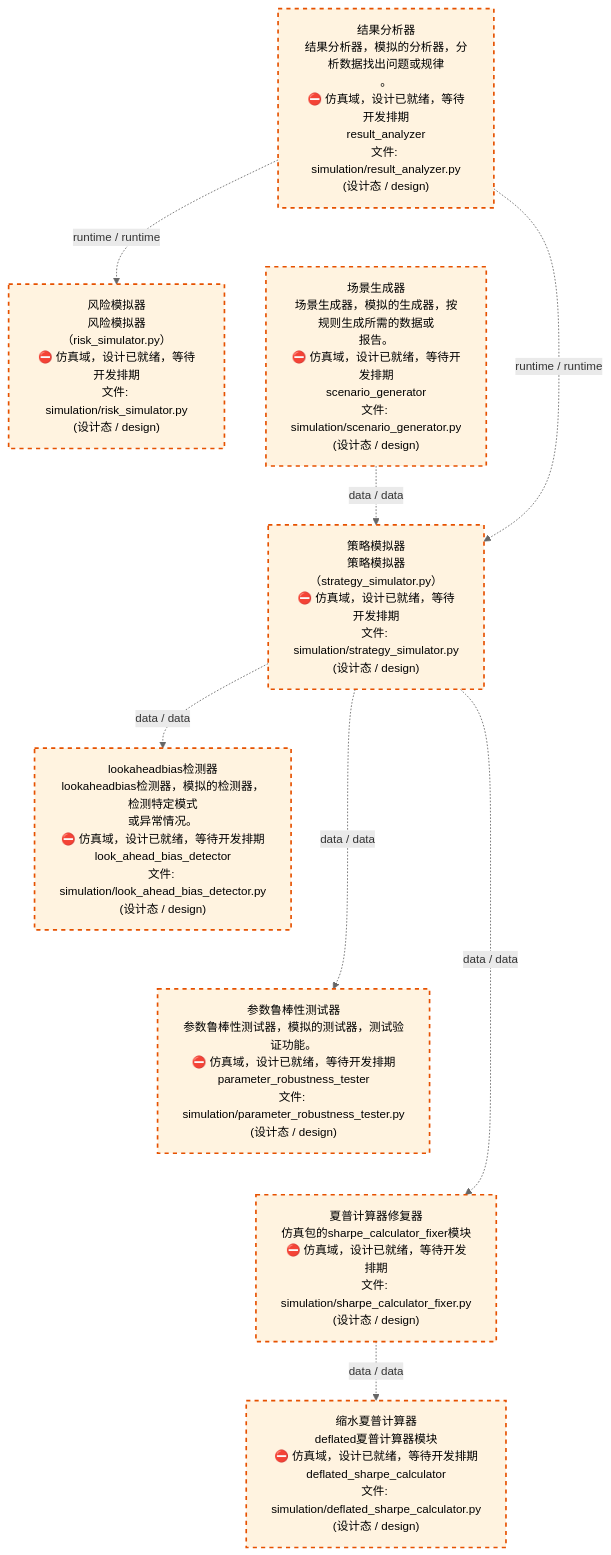
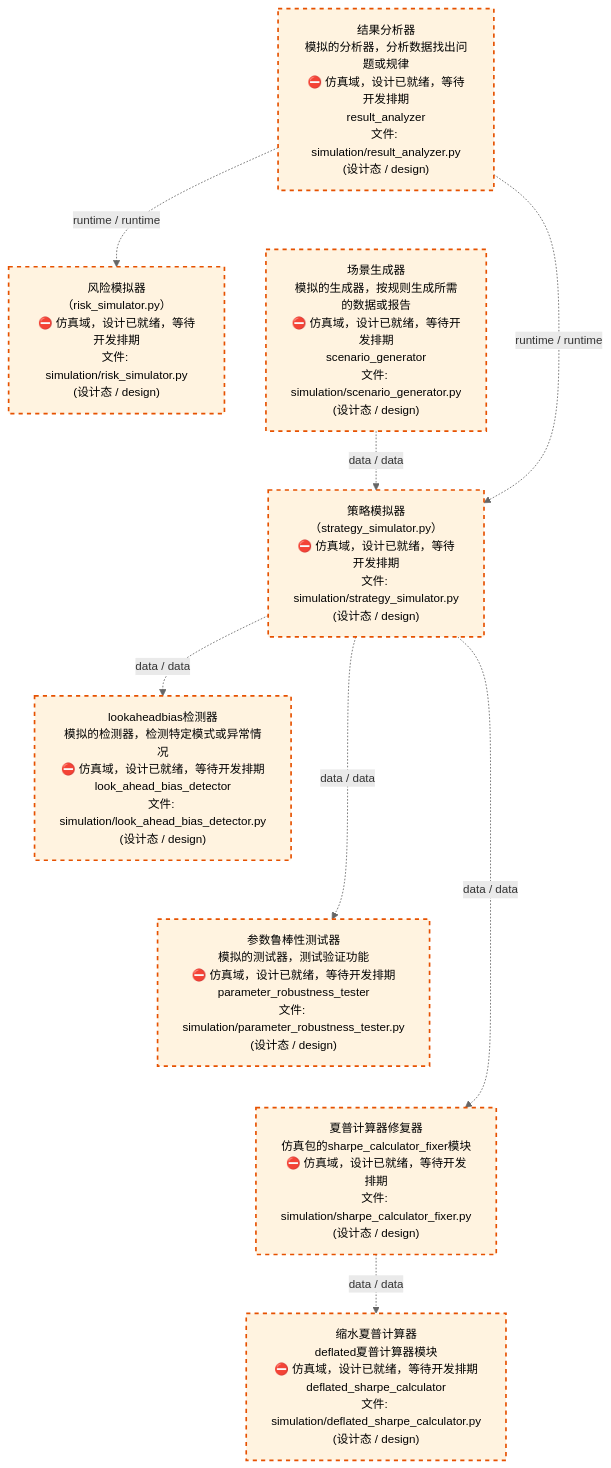
The third of 4 diagrams in docs/02_enterprise_architecture/02_domain_architecture_docs/70_d_simulation.md (xuanFelixVan/ZephyrAlpha), drawn with Mermaid before and after one commit. The commit also changed other lines of this file and 59 other files, not shown here.

````diff
--- a/docs/02_enterprise_architecture/02_domain_architecture_docs/70_d_simulation.md
+++ b/docs/02_enterprise_architecture/02_domain_architecture_docs/70_d_simulation.md
@@ -112,28 +112,28 @@
 ```mermaid
 %%{init: {'theme': 'base', 'themeVariables': {'primaryColor': '#eaeaea', 'primaryTextColor': '#333333', 'primaryBorderColor': '#666666', 'lineColor': '#666666', 'secondaryColor': '#eaeaea', 'tertiaryColor': '#eaeaea', 'fontSize': '14px'}}}%%
 flowchart TD
-    src_zephyr_simulation_result_analyzer_py["结果分析器<br/>结果分析器，模拟的分析器，分析数据找出问题或规律<br/>。<br/>⛔ 仿真域，设计已就绪，等待开发排期<br/>result_analyzer<br/>文件: simulation/result_analyzer.py<br/>(设计态 / design)"]
-    src_zephyr_simulation_scenario_generator_py["场景生成器<br/>场景生成器，模拟的生成器，按规则生成所需的数据或<br/>报告。<br/>⛔ 仿真域，设计已就绪，等待开发排期<br/>scenario_generator<br/>文件: simulation/scenario_generator.py<br/>(设计态 / design)"]
+    src_zephyr_simulation_result_analyzer_py["结果分析器<br/>模拟的分析器，分析数据找出问题或规律<br/>⛔ 仿真域，设计已就绪，等待开发排期<br/>result_analyzer<br/>文件: simulation/result_analyzer.py<br/>(设计态 / design)"]
+    src_zephyr_simulation_scenario_generator_py["场景生成器<br/>模拟的生成器，按规则生成所需的数据或报告<br/>⛔ 仿真域，设计已就绪，等待开发排期<br/>scenario_generator<br/>文件: simulation/scenario_generator.py<br/>(设计态 / design)"]
     src_zephyr_simulation_result_analyzer_py ~~~ src_zephyr_simulation_scenario_generator_py
-    src_zephyr_simulation_risk_simulator_py["风险模拟器<br/>风险模拟器（risk_simulator.py）<br/>⛔ 仿真域，设计已就绪，等待开发排期<br/>文件: simulation/risk_simulator.py<br/>(设计态 / design)"]
-    src_zephyr_simulation_strategy_simulator_py["策略模拟器<br/>策略模拟器（strategy_simulator.py）<br/>⛔ 仿真域，设计已就绪，等待开发排期<br/>文件: simulation/strategy_simulator.py<br/>(设计态 / design)"]
+    src_zephyr_simulation_risk_simulator_py["风险模拟器<br/>（risk_simulator.py）<br/>⛔ 仿真域，设计已就绪，等待开发排期<br/>文件: simulation/risk_simulator.py<br/>(设计态 / design)"]
+    src_zephyr_simulation_strategy_simulator_py["策略模拟器<br/>（strategy_simulator.py）<br/>⛔ 仿真域，设计已就绪，等待开发排期<br/>文件: simulation/strategy_simulator.py<br/>(设计态 / design)"]
     src_zephyr_simulation_risk_simulator_py ~~~ src_zephyr_simulation_strategy_simulator_py
-    src_zephyr_simulation_look_ahead_bias_detector_py["lookaheadbias检测器<br/>lookaheadbias检测器，模拟的检测器，检测特定模式<br/>或异常情况。<br/>⛔ 仿真域，设计已就绪，等待开发排期<br/>look_ahead_bias_detector<br/>文件: simulation/look_ahead_bias_detector.py<br/>(设计态 / design)"]
-    src_zephyr_simulation_parameter_robustness_tester_py["参数鲁棒性测试器<br/>参数鲁棒性测试器，模拟的测试器，测试验证功能。<br/>⛔ 仿真域，设计已就绪，等待开发排期<br/>parameter_robustness_tester<br/>文件: simulation/parameter_robustness_tester.py<br/>(设计态 / design)"]
+    src_zephyr_simulation_look_ahead_bias_detector_py["lookaheadbias检测器<br/>模拟的检测器，检测特定模式或异常情况<br/>⛔ 仿真域，设计已就绪，等待开发排期<br/>look_ahead_bias_detector<br/>文件: simulation/look_ahead_bias_detector.py<br/>(设计态 / design)"]
+    src_zephyr_simulation_parameter_robustness_tester_py["参数鲁棒性测试器<br/>模拟的测试器，测试验证功能<br/>⛔ 仿真域，设计已就绪，等待开发排期<br/>parameter_robustness_tester<br/>文件: simulation/parameter_robustness_tester.py<br/>(设计态 / design)"]
     src_zephyr_simulation_sharpe_calculator_fixer_py["夏普计算器修复器<br/>仿真包的sharpe_calculator_fixer模块<br/>⛔ 仿真域，设计已就绪，等待开发排期<br/>文件: simulation/sharpe_calculator_fixer.py<br/>(设计态 / design)"]
     src_zephyr_simulation_look_ahead_bias_detector_py ~~~ src_zephyr_simulation_parameter_robustness_tester_py
     src_zephyr_simulation_parameter_robustness_tester_py ~~~ src_zephyr_simulation_sharpe_calculator_fixer_py
     src_zephyr_simulation_deflated_sharpe_calculator_py["缩水夏普计算器<br/>deflated夏普计算器模块<br/>⛔ 仿真域，设计已就绪，等待开发排期<br/>deflated_sharpe_calculator<br/>文件: simulation/deflated_sharpe_calculator.py<br/>(设计态 / design)"]
     src_zephyr_simulation_strategy_simulator_py -.->|data / data| src_zephyr_simulation_parameter_robustness_tester_py
     src_zephyr_simulation_strategy_simulator_py -.->|data / data| src_zephyr_simulation_look_ahead_bias_detector_py
     src_zephyr_simulation_strategy_simulator_py -.->|data / data| src_zephyr_simulation_sharpe_calculator_fixer_py
     src_zephyr_simulation_scenario_generator_py -.->|data / data| src_zephyr_simulation_strategy_simulator_py
     src_zephyr_simulation_result_analyzer_py -.->|runtime / runtime| src_zephyr_simulation_strategy_simulator_py
     src_zephyr_simulation_result_analyzer_py -.->|runtime / runtime| src_zephyr_simulation_risk_simulator_py
     src_zephyr_simulation_sharpe_calculator_fixer_py -.->|data / data| src_zephyr_simulation_deflated_sharpe_calculator_py
     classDef production fill:#e1f5fe,stroke:#01579b,stroke-width:2px,color:#000
     classDef design fill:#fff3e0,stroke:#e65100,stroke-width:2px,color:#000,stroke-dasharray: 5 5
     classDef external_prod fill:#e8f4fd,stroke:#0277bd,stroke-width:1px,color:#000
     classDef external_design fill:#fff8e7,stroke:#ef6c00,stroke-width:1px,color:#000,stroke-dasharray: 5 5
     class src_zephyr_simulation_deflated_sharpe_calculator_py,src_zephyr_simulation_look_ahead_bias_detector_py,src_zephyr_simulation_parameter_robustness_tester_py,src_zephyr_simulation_result_analyzer_py,src_zephyr_simulation_risk_simulator_py,src_zephyr_simulation_scenario_generator_py,src_zephyr_simulation_sharpe_calculator_fixer_py,src_zephyr_simulation_strategy_simulator_py design
 ```
````
